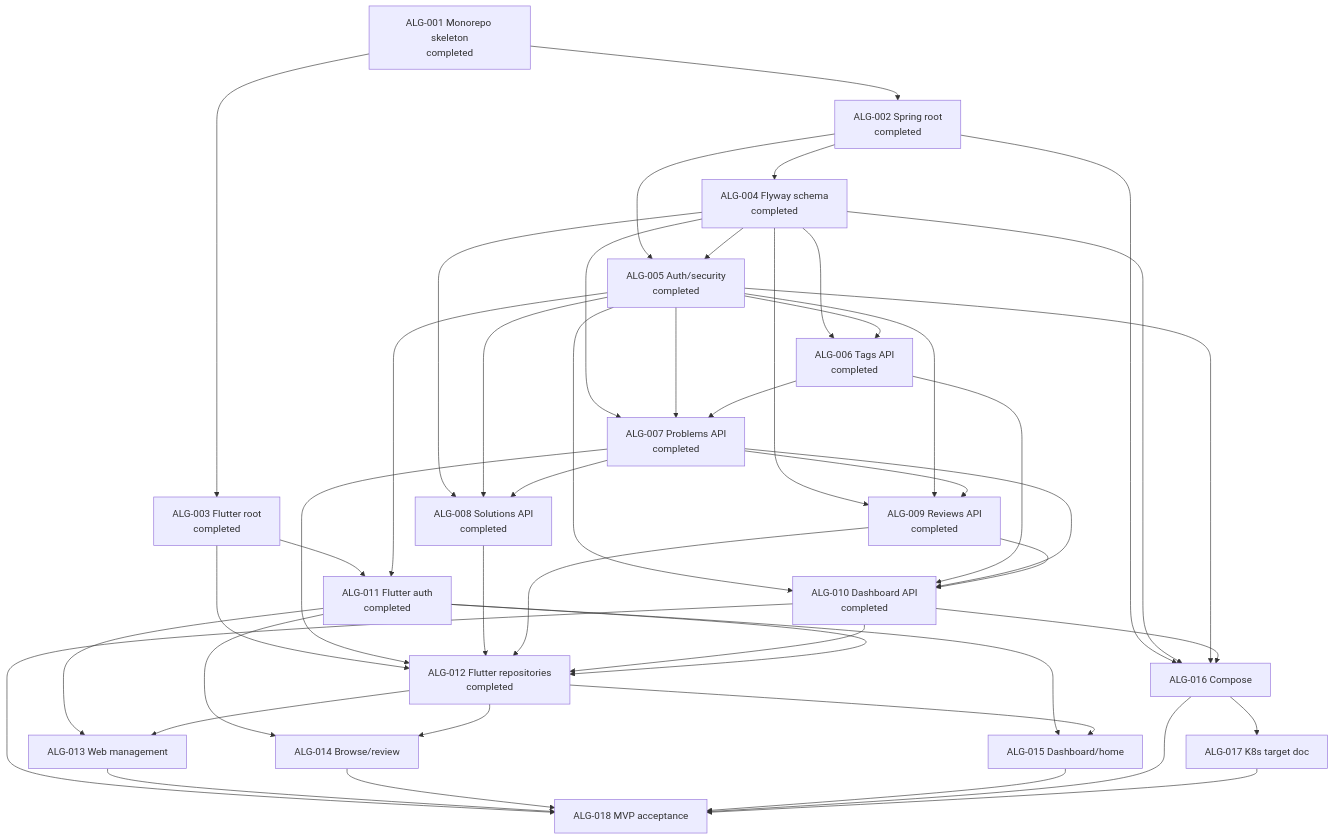
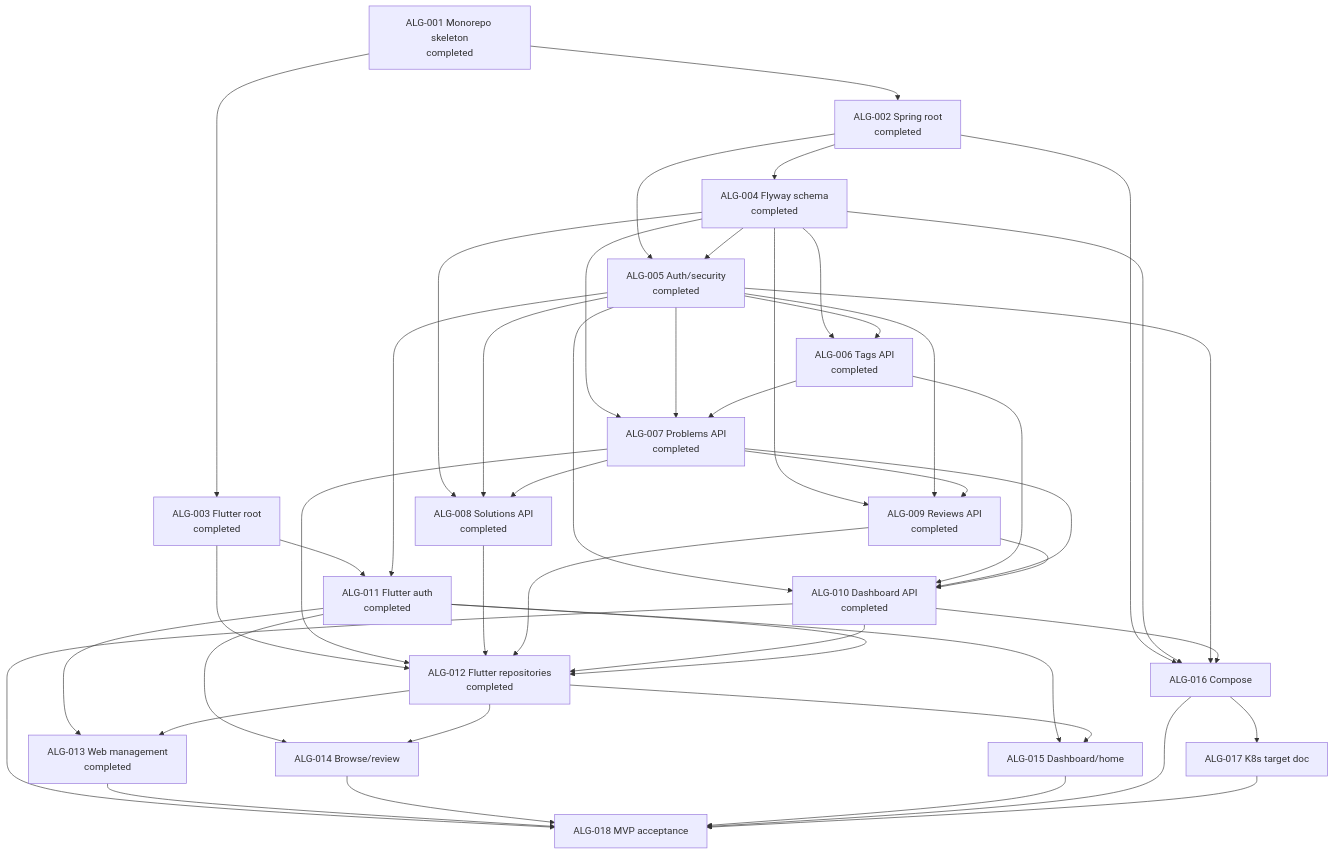
Before and after one commit to allenljf/algorithm-learning: the diagram in agent-workflow/WORK_GRAPH.md, drawn with Mermaid. The commit also changed 12 other files, not shown here.

Commit message:
feat: complete web problem management

````diff
--- a/agent-workflow/WORK_GRAPH.md
+++ b/agent-workflow/WORK_GRAPH.md
@@ -3,67 +3,67 @@
 ```mermaid
 flowchart TD
   T1[ALG-001 Monorepo skeleton\ncompleted]
   T2[ALG-002 Spring root\ncompleted]
   T3[ALG-003 Flutter root\ncompleted]
   T4[ALG-004 Flyway schema\ncompleted]
   T5[ALG-005 Auth/security\ncompleted]
   T6[ALG-006 Tags API\ncompleted]
   T7[ALG-007 Problems API\ncompleted]
   T8[ALG-008 Solutions API\ncompleted]
   T9[ALG-009 Reviews API\ncompleted]
   T10[ALG-010 Dashboard API\ncompleted]
   T11[ALG-011 Flutter auth\ncompleted]
   T12[ALG-012 Flutter repositories\ncompleted]
-  T13[ALG-013 Web management]
+  T13[ALG-013 Web management\ncompleted]
   T14[ALG-014 Browse/review]
   T15[ALG-015 Dashboard/home]
   T16[ALG-016 Compose]
   T17[ALG-017 K8s target doc]
   T18[ALG-018 MVP acceptance]
 
   T1 --> T2
   T1 --> T3
   T2 --> T4
   T2 --> T5
   T4 --> T5
   T4 --> T6
   T5 --> T6
   T4 --> T7
   T5 --> T7
   T6 --> T7
   T4 --> T8
   T5 --> T8
   T7 --> T8
   T4 --> T9
   T5 --> T9
   T7 --> T9
   T5 --> T10
   T6 --> T10
   T7 --> T10
   T9 --> T10
   T3 --> T11
   T5 --> T11
   T3 --> T12
   T7 --> T12
   T8 --> T12
   T9 --> T12
   T10 --> T12
   T11 --> T12
   T11 --> T13
   T12 --> T13
   T11 --> T14
   T12 --> T14
   T11 --> T15
   T12 --> T15
   T2 --> T16
   T4 --> T16
   T5 --> T16
   T10 --> T16
   T16 --> T17
   T10 --> T18
   T13 --> T18
   T14 --> T18
   T15 --> T18
   T16 --> T18
   T17 --> T18
 ```
````
